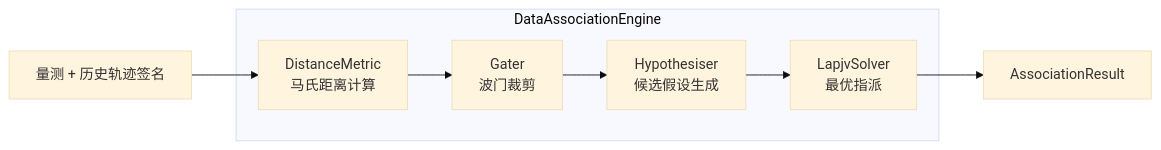
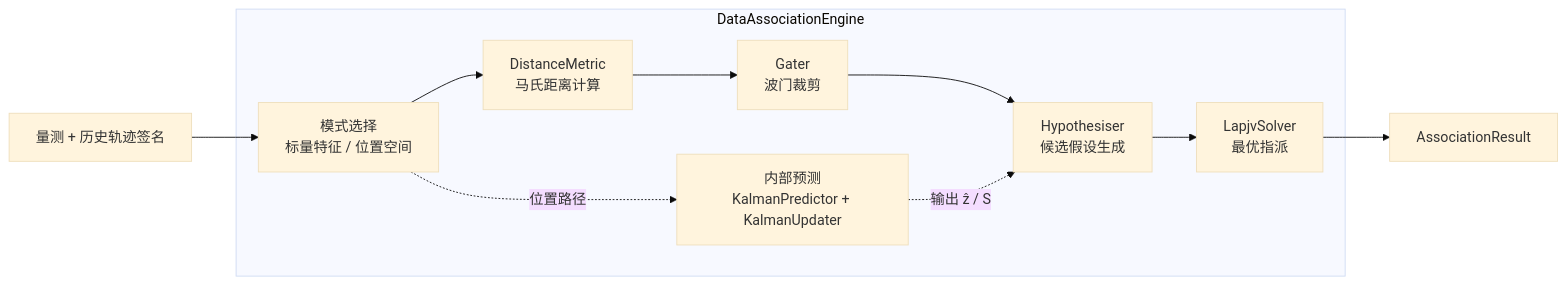
The third of 8 diagrams in doc/architecture/signal/signal-architecture.md (boilwater-3/1q), drawn with Mermaid (base theme) before and after one commit. The commit also changed other lines of this file and 5 other files, not shown here.

First line of the commit message:
docs(architecture): 更新信号层位置关联与 IMM 集成文档

````diff
--- a/doc/architecture/signal/signal-architecture.md
+++ b/doc/architecture/signal/signal-architecture.md
@@ -148,10 +158,13 @@
 ```mermaid
 flowchart LR
     subgraph DataAssociationEngine
+        MODE["模式选择<br/>标量特征 / 位置空间"]
+        PRED["内部预测<br/>KalmanPredictor + KalmanUpdater"]
         M["DistanceMetric<br/>马氏距离计算"] --> G["Gater<br/>波门裁剪"]
         G --> H["Hypothesiser<br/>候选假设生成"]
         H --> S["LapjvSolver<br/>最优指派"]
     end
-    INPUT["量测 + 历史轨迹签名"] --> M
+    INPUT["量测 + 历史轨迹签名"] --> MODE --> M
+    MODE -. 位置路径 .-> PRED -. 输出 ẑ / S .-> H
     S --> OUTPUT["AssociationResult"]
 ```
````
